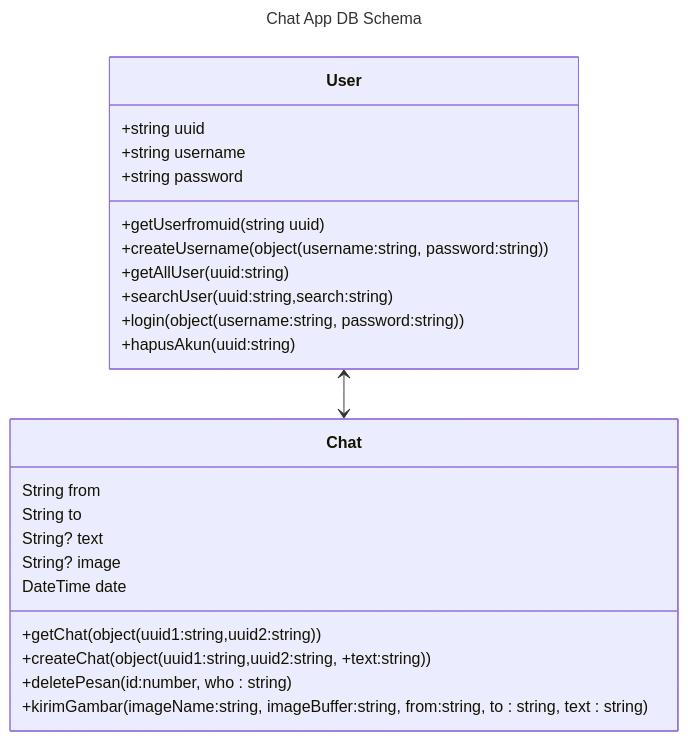
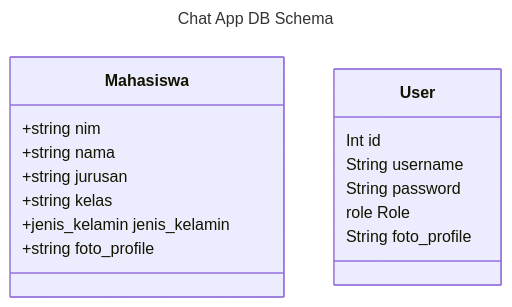
Before and after one commit to nandasulis/latihan-nest: diagram 14 of 14 in README.md, drawn with Mermaid. The commit also changed other lines of this file, not shown here.

````diff
--- a/README.md
+++ b/README.md
@@ -250,31 +232,21 @@
 ```mermaid
 ---
 title: Chat App DB Schema
 ---
 classDiagram
+  class Mahasiswa {
+    +string nim
+    +string nama
+    +string jurusan
+    +string kelas
+    +jenis_kelamin jenis_kelamin
+    +string foto_profile
+  }
   class User {
-    +string uuid
-    +string username 
-    +string password
-    +getUserfromuid(string uuid) 
-    +createUsername(object(username:string, password:string))
-    +getAllUser(uuid:string)
-    +searchUser(uuid:string,search:string)
-    +login(object(username:string, password:string))
-    +hapusAkun(uuid:string)
-
+    Int id 
+    String username     
+    String password 
+    role Role
+    String foto_profile
   }
-  class Chat {
-    String from 
-    String to     
-    String? text 
-    String? image  
-    DateTime date  
-    +getChat(object(uuid1:string,uuid2:string))
-    +createChat(object(uuid1:string,uuid2:string, +text:string))
-    +deletePesan(id:number, who : string)
-    +kirimGambar(imageName:string, imageBuffer:string, from:string, to : string, text : string)
-  }
-
-  User <--> Chat
 ```
````
